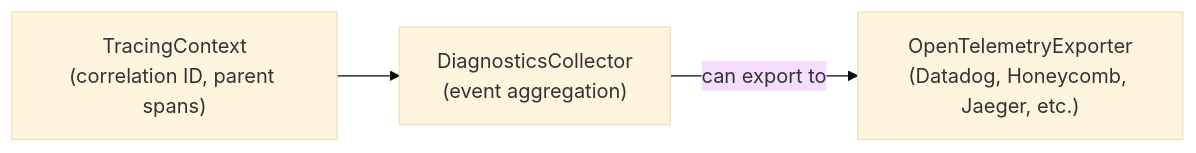
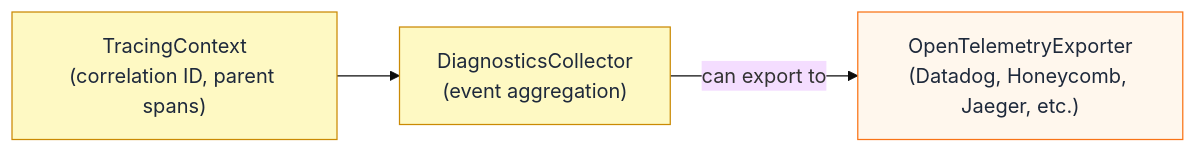
Before and after one commit to jaypatrick/adblock-compiler: the tenth of 19 diagrams in docs/development/ARCHITECTURE.md, drawn with Mermaid (base theme). The commit also changed other lines of this file, not shown here.

Commit message:
docs: update ARCHITECTURE.md with current architecture and color-coded diagrams

````diff
--- a/docs/development/ARCHITECTURE.md
+++ b/docs/development/ARCHITECTURE.md
@@ -317,8 +400,11 @@
 ```mermaid
 flowchart LR
-    TC["TracingContext\n(correlation ID, parent spans)"]
-    DC["DiagnosticsCollector\n(event aggregation)"]
-    OTE["OpenTelemetryExporter\n(Datadog, Honeycomb, Jaeger, etc.)"]
+    classDef core fill:#fef9c3,stroke:#ca8a04,color:#1e293b
+    classDef module fill:#f0fdf4,stroke:#22c55e,color:#1e293b
+    classDef observability fill:#fff7ed,stroke:#f97316,color:#1e293b
+    TC["TracingContext\n(correlation ID, parent spans)"]:::core
+    DC["DiagnosticsCollector\n(event aggregation)"]:::core
+    OTE["OpenTelemetryExporter\n(Datadog, Honeycomb, Jaeger, etc.)"]:::observability
     TC --> DC
     DC -->|can export to| OTE
 ```
````
